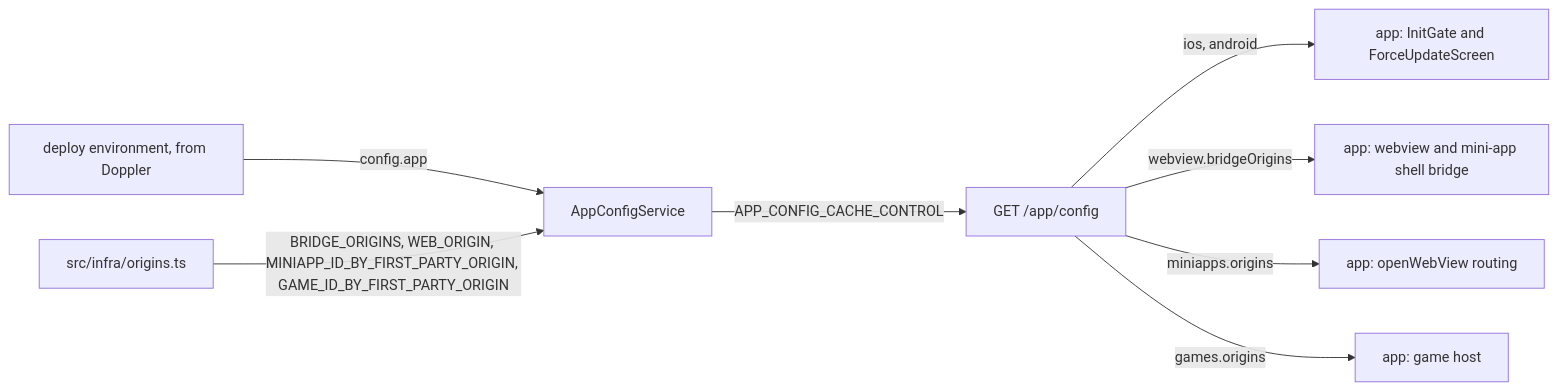
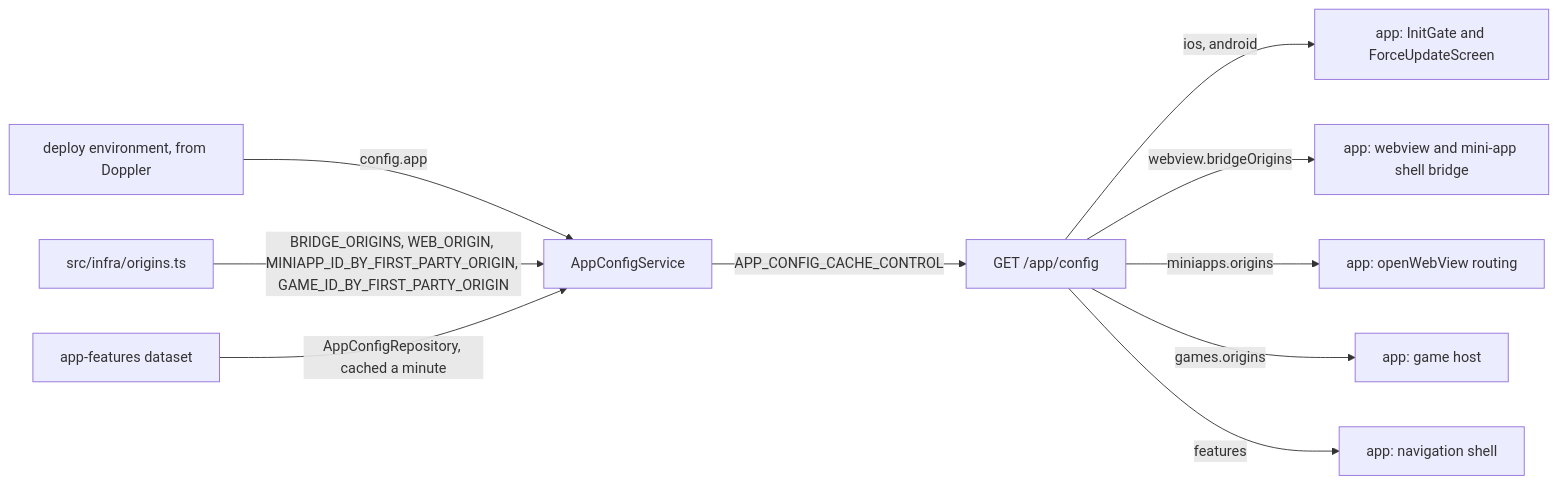
One commit to skkuverse/skkuverse-server changed the diagram in docs/explanation/app-config-architecture.md. Above: the diagram before and after it, drawn with Mermaid. The commit also changed other lines of this file and 23 other files, not shown here.

Commit message:
feat(app-config): serve the app's kill switches from the app-features dataset

````diff
--- a/docs/explanation/app-config-architecture.md
+++ b/docs/explanation/app-config-architecture.md
@@ -39,10 +41,12 @@
 ```mermaid
 flowchart LR
   env["deploy environment, from Doppler"] -->|config.app| svc["AppConfigService"]
   origins["src/infra/origins.ts"] -->|BRIDGE_ORIGINS, WEB_ORIGIN, MINIAPP_ID_BY_FIRST_PARTY_ORIGIN, GAME_ID_BY_FIRST_PARTY_ORIGIN| svc
+  dataset["app-features dataset"] -->|AppConfigRepository, cached a minute| svc
   svc -->|APP_CONFIG_CACHE_CONTROL| route["GET /app/config"]
   route -->|ios, android| gate["app: InitGate and ForceUpdateScreen"]
   route -->|webview.bridgeOrigins| bridge["app: webview and mini-app shell bridge"]
   route -->|miniapps.origins| open["app: openWebView routing"]
   route -->|games.origins| games["app: game host"]
+  route -->|features| shell["app: navigation shell"]
 ```
````
